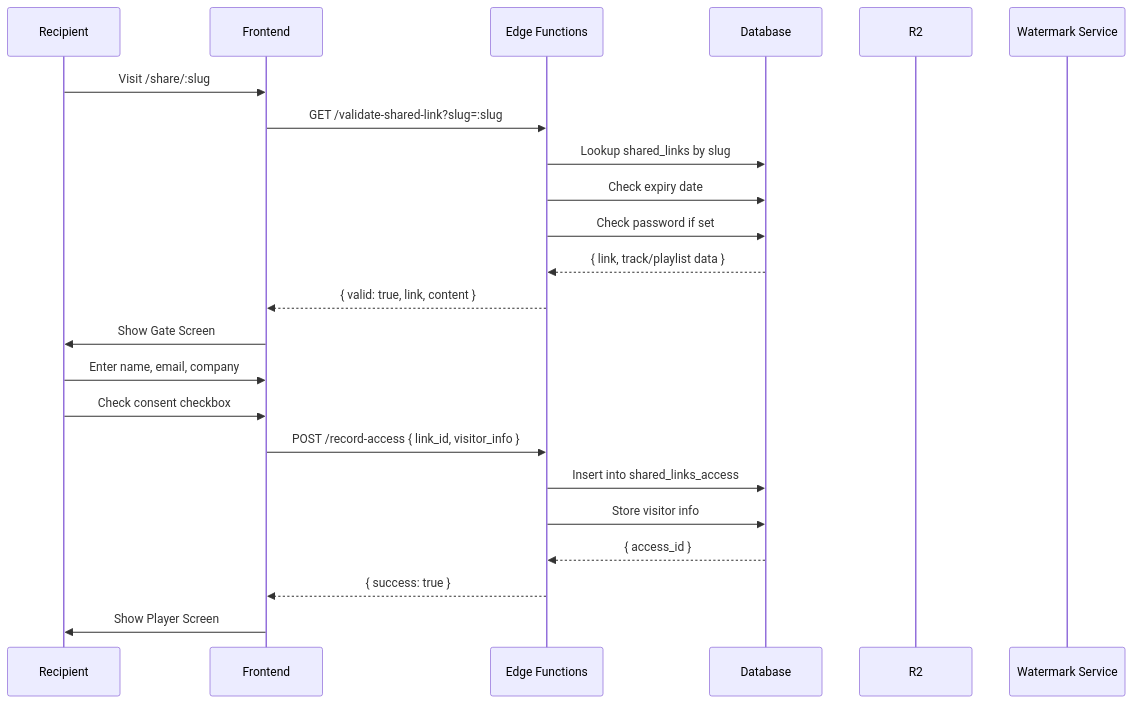
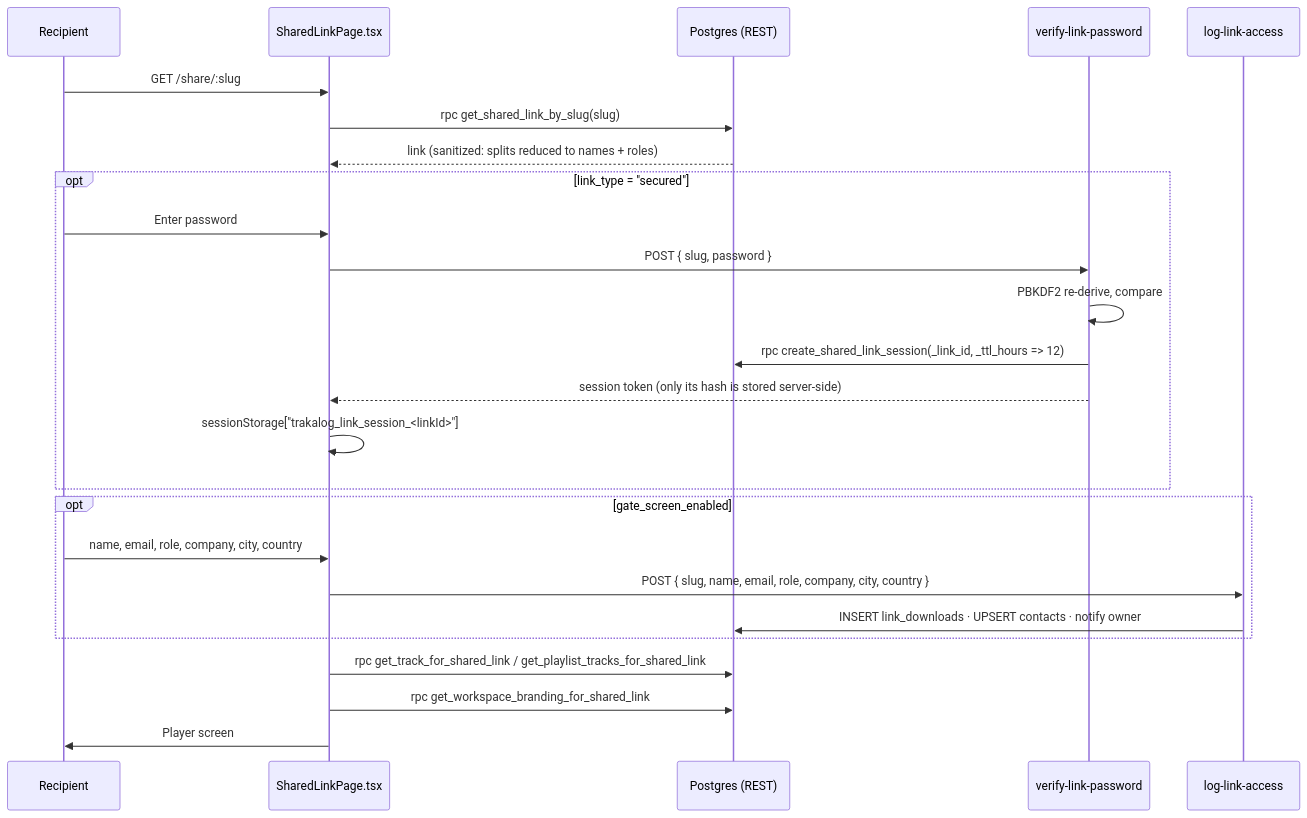
The second of 3 diagrams in docs/FEATURES/SHARING_SYSTEM.md (yannickrastogi/trakalo-muse-palette), drawn with Mermaid before and after one commit. The commit also changed other lines of this file and 2 other files, not shown here.

First line of the commit message:
docs: rewrite SHARING_SYSTEM and TRACK_MANAGEMENT against real schema

````diff
--- a/docs/FEATURES/SHARING_SYSTEM.md
+++ b/docs/FEATURES/SHARING_SYSTEM.md
@@ -148,28 +165,28 @@
 ```mermaid
 sequenceDiagram
-    participant Recipient
-    participant Frontend
-    participant EdgeFunc as Edge Functions
-    participant DB as Database
-    participant R2
-    participant WatermarkSvc as Watermark Service
-    
-    Recipient->>Frontend: Visit /share/:slug
-    Frontend->>EdgeFunc: GET /validate-shared-link?slug=:slug
-    EdgeFunc->>DB: Lookup shared_links by slug
-    EdgeFunc->>DB: Check expiry date
-    EdgeFunc->>DB: Check password if set
-    DB-->>EdgeFunc: { link, track/playlist data }
-    EdgeFunc-->>Frontend: { valid: true, link, content }
-    
-    Frontend->>Recipient: Show Gate Screen
-    Recipient->>Frontend: Enter name, email, company
-    Recipient->>Frontend: Check consent checkbox
-    Frontend->>EdgeFunc: POST /record-access { link_id, visitor_info }
-    EdgeFunc->>DB: Insert into shared_links_access
-    EdgeFunc->>DB: Store visitor info
-    DB-->>EdgeFunc: { access_id }
-    EdgeFunc-->>Frontend: { success: true }
-    
-    Frontend->>Recipient: Show Player Screen
+    participant R as Recipient
+    participant Page as SharedLinkPage.tsx
+    participant DB as Postgres (REST)
+    participant VP as verify-link-password
+    participant LA as log-link-access
+
+    R->>Page: GET /share/:slug
+    Page->>DB: rpc get_shared_link_by_slug(slug)
+    DB-->>Page: link (sanitized: splits reduced to names + roles)
+    opt link_type = "secured"
+        R->>Page: Enter password
+        Page->>VP: POST { slug, password }
+        VP->>VP: PBKDF2 re-derive, compare
+        VP->>DB: rpc create_shared_link_session(_link_id, _ttl_hours => 12)
+        VP-->>Page: session token (only its hash is stored server-side)
+        Page->>Page: sessionStorage["trakalog_link_session_<linkId>"]
+    end
+    opt gate_screen_enabled
+        R->>Page: name, email, role, company, city, country
+        Page->>LA: POST { slug, name, email, role, company, city, country }
+        LA->>DB: INSERT link_downloads · UPSERT contacts · notify owner
+    end
+    Page->>DB: rpc get_track_for_shared_link / get_playlist_tracks_for_shared_link
+    Page->>DB: rpc get_workspace_branding_for_shared_link
+    Page->>R: Player screen
 ```
````
